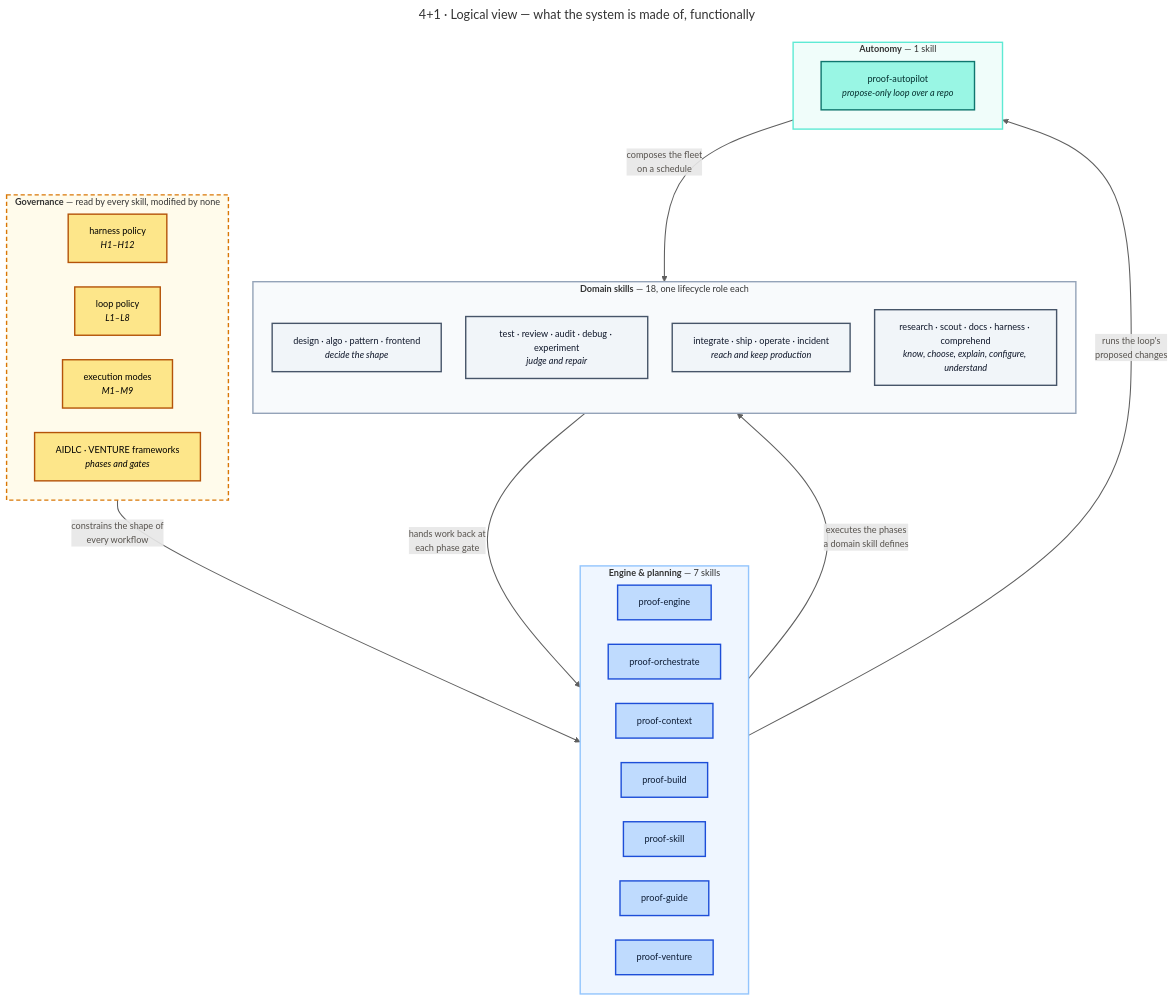
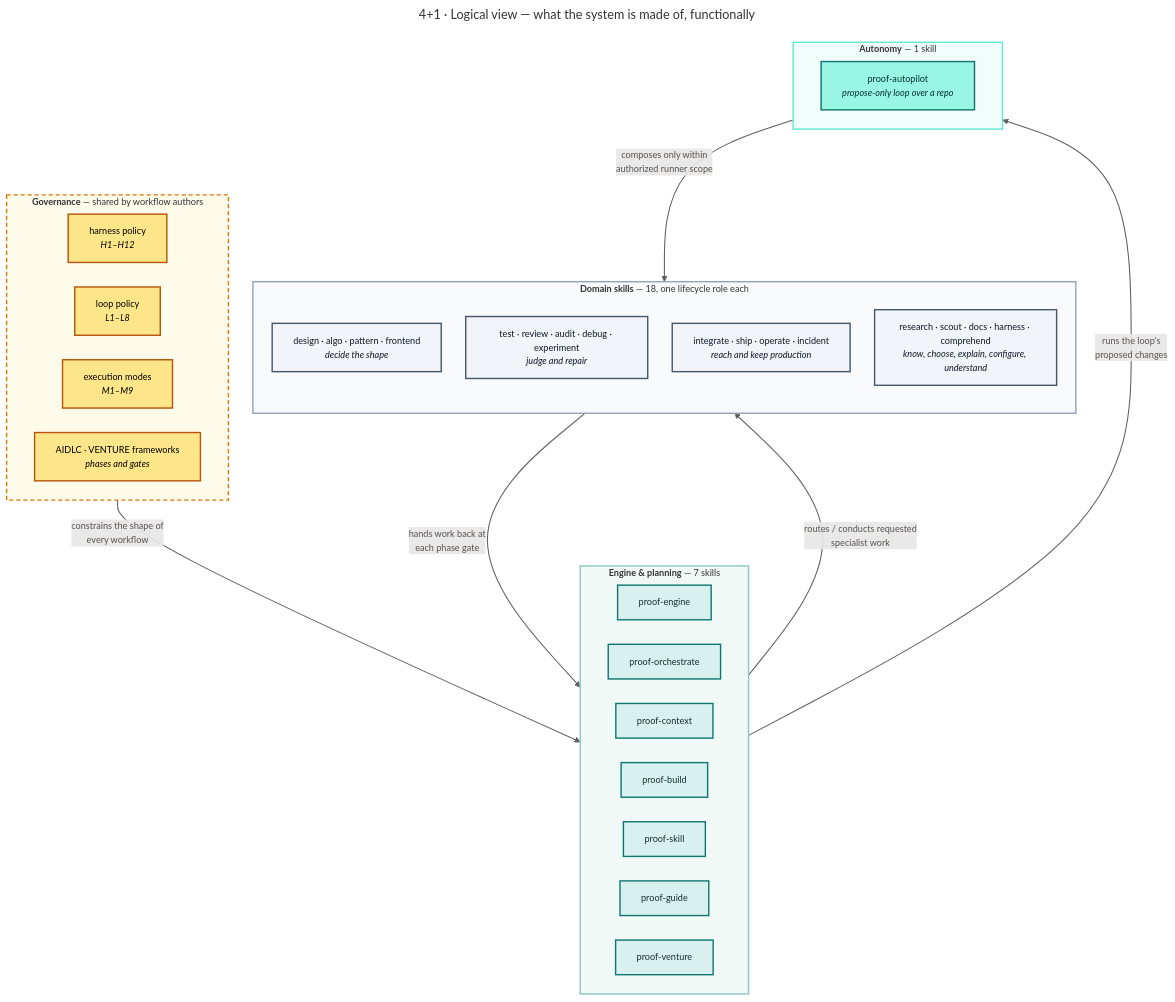
The diagram in docs/c4/diagrams/src/view-logical.mmd (santapong/Proof), drawn with Mermaid before and after one commit. The commit also changed 58 other files, not shown here.

Commit message:
docs: refresh Proof identity and architecture artwork

```diff
--- a/docs/c4/diagrams/src/view-logical.mmd
+++ b/docs/c4/diagrams/src/view-logical.mmd
@@ -1,55 +1,55 @@
 ---
 title: "4+1 · Logical view — what the system is made of, functionally"
 ---
 %%{init: {"flowchart": {"curve": "basis", "nodeSpacing": 35, "rankSpacing": 55}, "themeVariables": {"fontFamily": "Segoe UI, Helvetica, Arial, sans-serif", "fontSize": "13px"}}}%%
 flowchart TB
-    subgraph gov["<b>Governance</b> — read by every skill, modified by none"]
+    subgraph gov["<b>Governance</b> — shared by workflow authors"]
         direction LR
         harness["harness policy<br/><i>H1–H12</i>"]
         loop["loop policy<br/><i>L1–L8</i>"]
         modes["execution modes<br/><i>M1–M9</i>"]
         aidlc["AIDLC · VENTURE frameworks<br/><i>phases and gates</i>"]
     end
 
     subgraph engine["<b>Engine &amp; planning</b> — 7 skills"]
         direction LR
         e1["proof-engine"]
         e2["proof-orchestrate"]
         e3["proof-context"]
         e4["proof-build"]
         e5["proof-skill"]
         e6["proof-guide"]
         e7["proof-venture"]
     end
 
     subgraph domain["<b>Domain skills</b> — 18, one lifecycle role each"]
         direction TB
         d1["design · algo · pattern · frontend<br/><i>decide the shape</i>"]
         d2["test · review · audit · debug · experiment<br/><i>judge and repair</i>"]
         d3["integrate · ship · operate · incident<br/><i>reach and keep production</i>"]
         d4["research · scout · docs · harness · comprehend<br/><i>know, choose, explain, configure, understand</i>"]
     end
 
     subgraph auto["<b>Autonomy</b> — 1 skill"]
         a1["proof-autopilot<br/><i>propose-only loop over a repo</i>"]
     end
 
     gov -- "constrains the shape of<br/>every workflow" --> engine
-    engine -- "executes the phases<br/>a domain skill defines" --> domain
+    engine -- "routes / conducts requested<br/>specialist work" --> domain
     domain -- "hands work back at<br/>each phase gate" --> engine
-    auto -- "composes the fleet<br/>on a schedule" --> domain
+    auto -- "composes only within<br/>authorized runner scope" --> domain
     engine -- "runs the loop's<br/>proposed changes" --> auto
 
     classDef law fill:#FDE68A,stroke:#B45309,stroke-width:2px,color:#000
-    classDef eng fill:#BFDBFE,stroke:#1D4ED8,stroke-width:2px,color:#0C1B33
+    classDef eng fill:#D8F1EE,stroke:#0F766E,stroke-width:2px,color:#102F35
     classDef dom fill:#F1F5F9,stroke:#475569,stroke-width:2px,color:#0F172A
     classDef aut fill:#99F6E4,stroke:#0F766E,stroke-width:2px,color:#042F2E
     class harness,loop,modes,aidlc law
     class e1,e2,e3,e4,e5,e6,e7 eng
     class d1,d2,d3,d4 dom
     class a1 aut
     style gov fill:#FFFBEB,stroke:#D97706,stroke-width:2px,stroke-dasharray:6 4
-    style engine fill:#EFF6FF,stroke:#93C5FD,stroke-width:2px
+    style engine fill:#F1F9F7,stroke:#8BC8C1,stroke-width:2px
     style domain fill:#F8FAFC,stroke:#94A3B8,stroke-width:2px
     style auto fill:#F0FDFA,stroke:#5EEAD4,stroke-width:2px
     linkStyle default stroke:#5F5F5F,stroke-width:1.5px,color:#57534E
```
